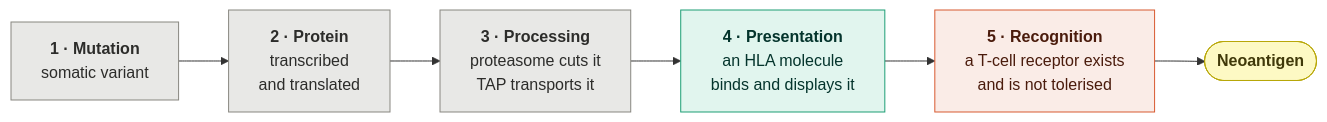
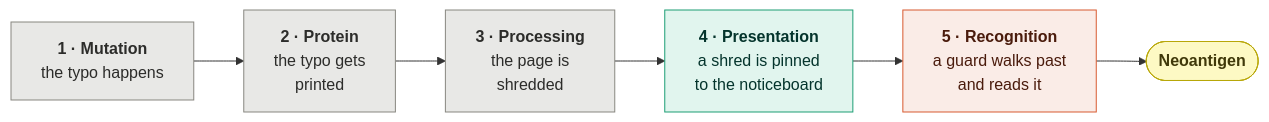
Before and after one commit to nitishsjsucs/neofold-edge: the third of 7 diagrams in README.md, drawn with Mermaid. The commit also changed other lines of this file and 1 other file, not shown here.

First line of the commit message:
Lead with Rosie: why this exists, and a much stronger edge argument

````diff
--- a/README.md
+++ b/README.md
@@ -58,17 +144,17 @@
 ```mermaid
 flowchart LR
-    M["<b>1 · Mutation</b><br/>somatic variant"]
-    P["<b>2 · Protein</b><br/>transcribed<br/>and translated"]
-    C["<b>3 · Processing</b><br/>proteasome cuts it<br/>TAP transports it"]
-    H["<b>4 · Presentation</b><br/>an HLA molecule<br/>binds and displays it"]
-    T["<b>5 · Recognition</b><br/>a T-cell receptor exists<br/>and is not tolerised"]
+    M["<b>1 · Mutation</b><br/>the typo happens"]
+    P["<b>2 · Protein</b><br/>the typo gets<br/>printed"]
+    C["<b>3 · Processing</b><br/>the page is<br/>shredded"]
+    H["<b>4 · Presentation</b><br/>a shred is pinned<br/>to the noticeboard"]
+    T["<b>5 · Recognition</b><br/>a guard walks past<br/>and reads it"]
     Y(["<b>Neoantigen</b>"])
     M --> P --> C --> H --> T --> Y
 
     style M fill:#e8e8e6,stroke:#888780,color:#2c2c2a
     style P fill:#e8e8e6,stroke:#888780,color:#2c2c2a
     style C fill:#e8e8e6,stroke:#888780,color:#2c2c2a
     style H fill:#e1f5ee,stroke:#1d9e75,color:#04342c
     style T fill:#faece7,stroke:#d85a30,color:#4a1b0c
     style Y fill:#fdf9c4,stroke:#b8a70a,color:#40390a
 ```
````
